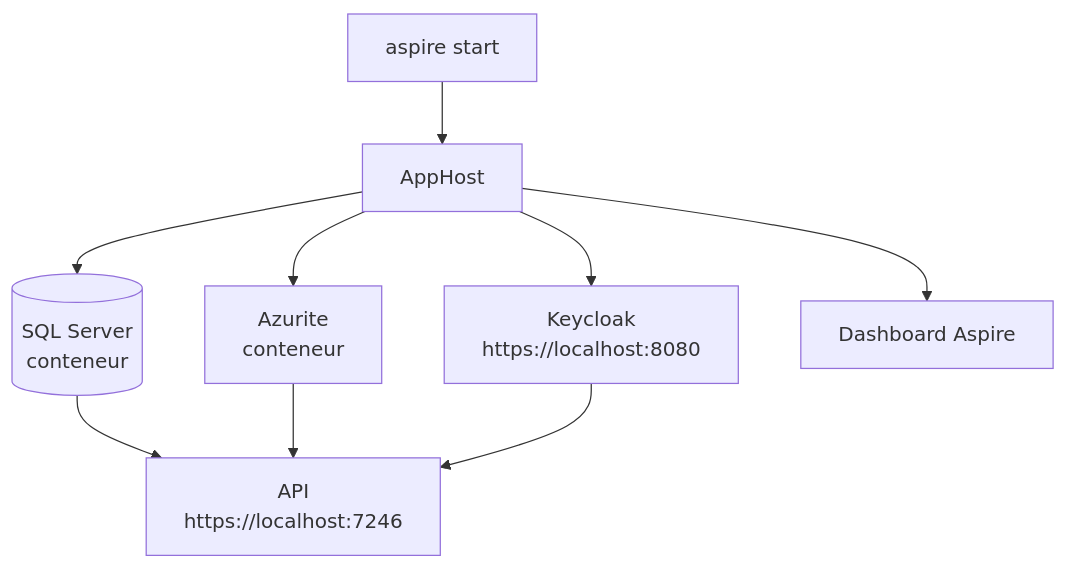
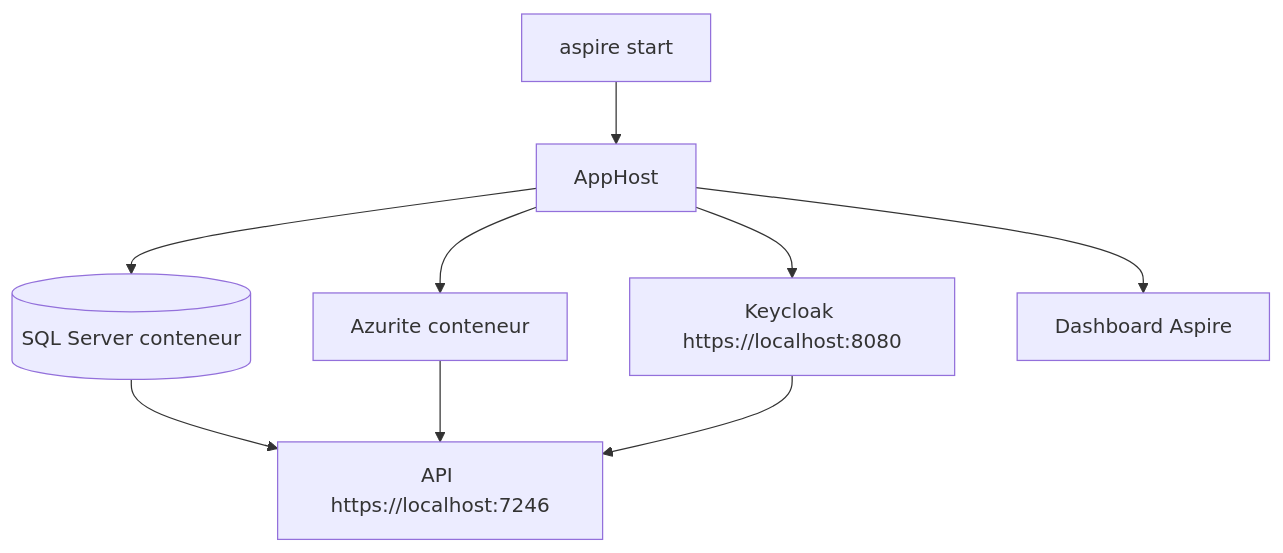
The diagram in docs/wiki/Démarrer/Premier-lancement.md (FlorianDrevet/template-CQRS), drawn with Mermaid before and after one commit. The commit also changed 16 other files, not shown here.

Commit message:
docs: fix reference review findings and strip HTML from wiki mermaid labels

````diff
--- a/docs/wiki/Démarrer/Premier-lancement.md
+++ b/docs/wiki/Démarrer/Premier-lancement.md
@@ -62,11 +62,11 @@
 ```mermaid
 graph TD
     CLI[aspire start] --> Host[AppHost]
-    Host --> SQL[(SQL Server<br/>conteneur)]
-    Host --> Blob[Azurite<br/>conteneur]
-    Host --> KC[Keycloak<br/>https://localhost:8080]
+    Host --> SQL[(SQL Server conteneur)]
+    Host --> Blob[Azurite conteneur]
+    Host --> KC[Keycloak https://localhost:8080]
     SQL --> API
     Blob --> API
-    KC --> API[API<br/>https://localhost:7246]
+    KC --> API[API https://localhost:7246]
     Host --> Dash[Dashboard Aspire]
 ```
````
